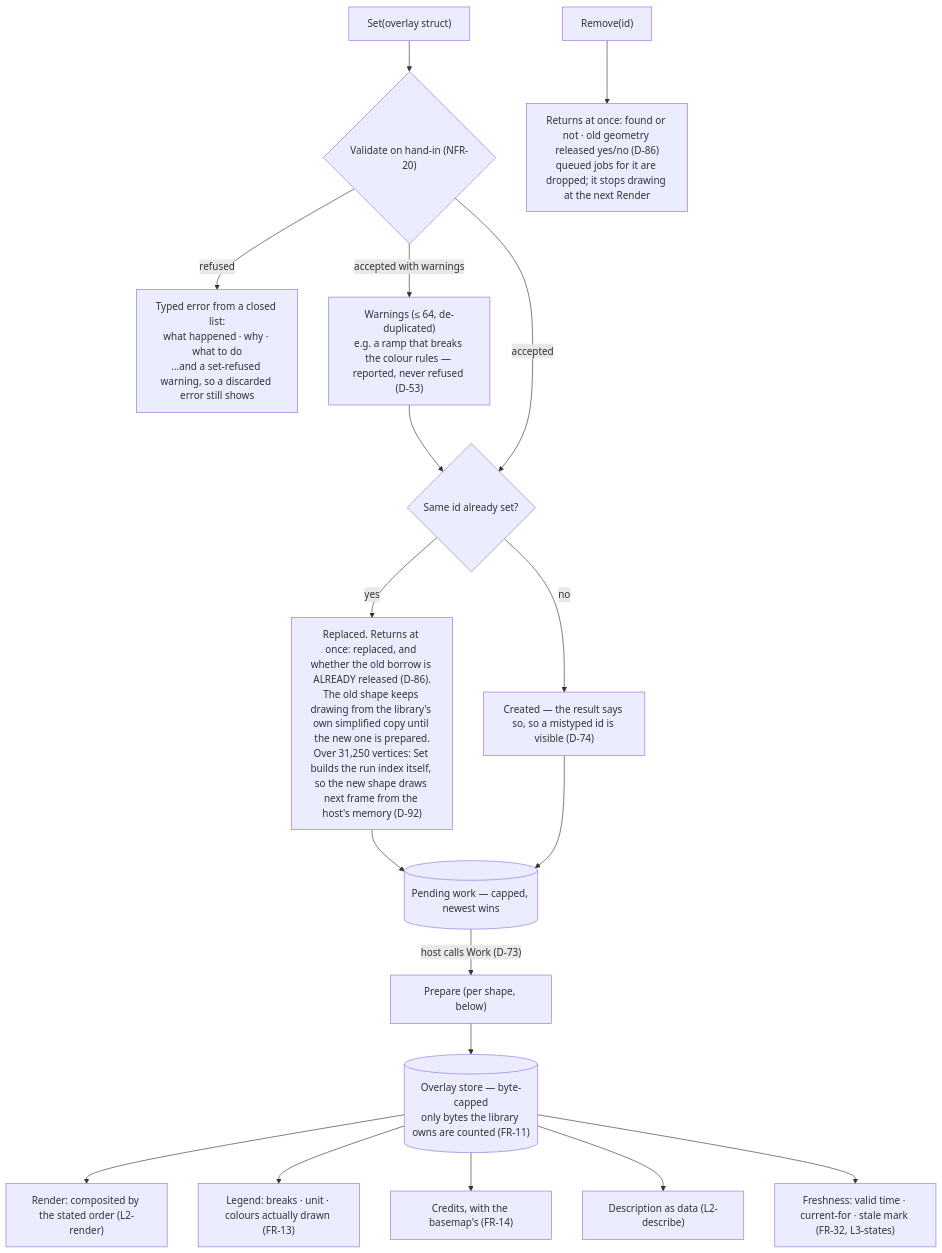
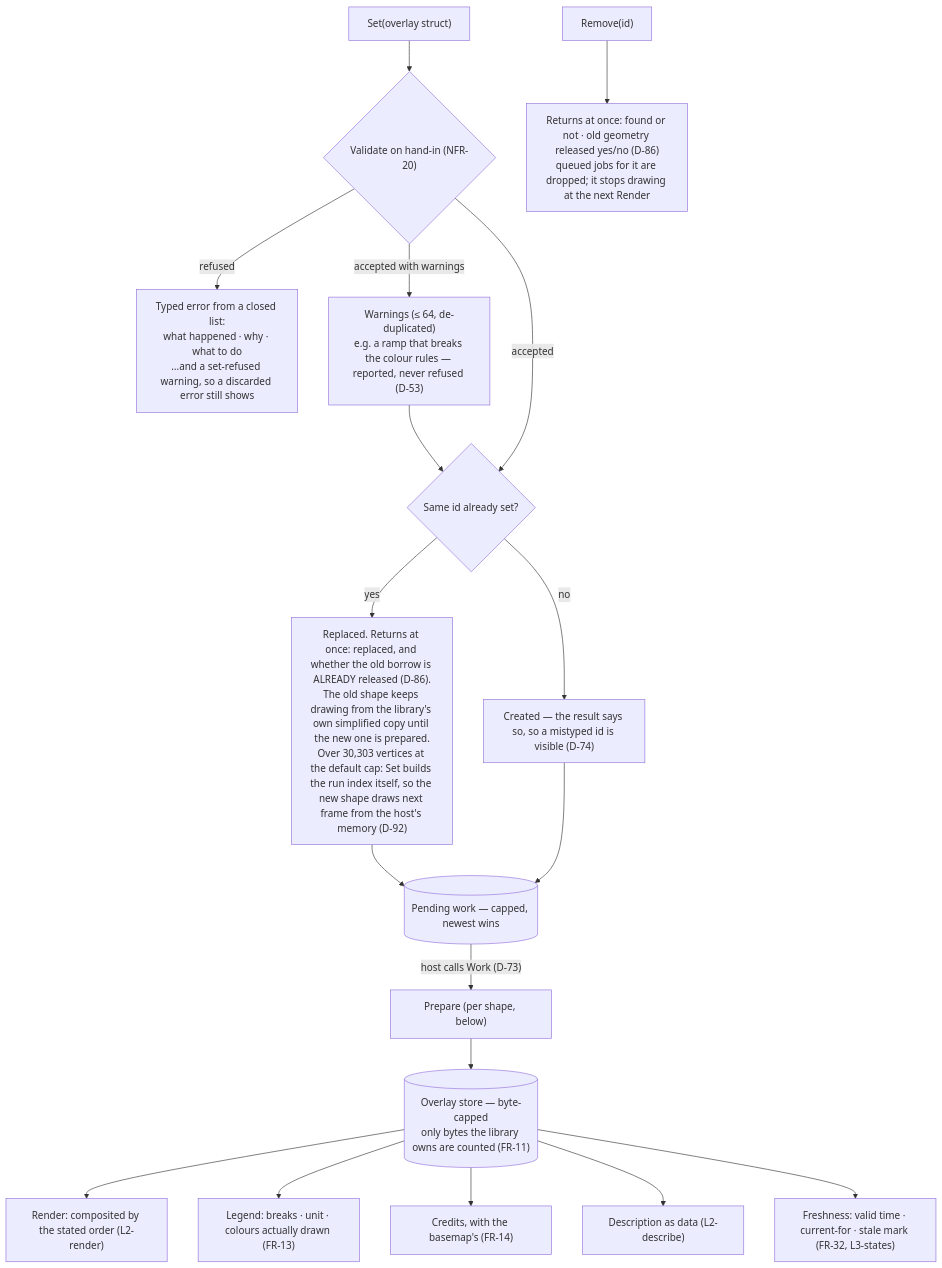
The first of 3 diagrams in 06_docs/02_features/go-tuimaps/03-architecture-design/L2-overlays.md (branden-thompson/go-tuimaps), drawn with Mermaid before and after one commit. The commit also changed 17 other files, not shown here.

````diff
--- a/06_docs/02_features/go-tuimaps/03-architecture-design/L2-overlays.md
+++ b/06_docs/02_features/go-tuimaps/03-architecture-design/L2-overlays.md
@@ -9,20 +9,20 @@
 ```mermaid
 flowchart TB
     SET["Set(overlay struct)"] --> VAL{"Validate on hand-in (NFR-20)"}
     VAL -- "refused" --> ERR["Typed error from a closed list:<br/>what happened · why · what to do<br/>…and a set-refused warning, so a discarded error still shows"]
     VAL -- "accepted with warnings" --> WARN["Warnings (≤ 64, de-duplicated)<br/>e.g. a ramp that breaks the colour rules — reported, never refused (D-53)"]
     WARN --> REPL
     RM["Remove(id)"] --> RMR["Returns at once: found or not · old geometry released yes/no (D-86)<br/>queued jobs for it are dropped; it stops drawing at the next Render"]
     VAL -- "accepted" --> REPL{"Same id already set?"}
-    REPL -- yes --> OLD["Replaced. Returns at once: replaced, and whether the old borrow is ALREADY released (D-86).<br/>The old shape keeps drawing from the library's own simplified copy until the new one is prepared.<br/>Over 31,250 vertices: Set builds the run index itself, so the new shape draws next frame from the host's memory (D-92)"]
+    REPL -- yes --> OLD["Replaced. Returns at once: replaced, and whether the old borrow is ALREADY released (D-86).<br/>The old shape keeps drawing from the library's own simplified copy until the new one is prepared.<br/>Over 30,303 vertices at the default cap: Set builds the run index itself, so the new shape draws next frame from the host's memory (D-92)"]
     REPL -- no --> NEW["Created — the result says so, so a mistyped id is visible (D-74)"]
     OLD --> Q
     NEW --> Q
     Q[("Pending work — capped, newest wins")] -- "host calls Work (D-73)" --> PREP["Prepare (per shape, below)"]
     PREP --> STORE[("Overlay store — byte-capped<br/>only bytes the library owns are counted (FR-11)")]
     STORE --> DRAW["Render: composited by the stated order (L2-render)"]
     STORE --> LEG["Legend: breaks · unit · colours actually drawn (FR-13)"]
     STORE --> CRED["Credits, with the basemap's (FR-14)"]
     STORE --> DESC["Description as data (L2-describe)"]
     STORE --> FRESH["Freshness: valid time · current-for · stale mark (FR-32, L3-states)"]
 ```
````
